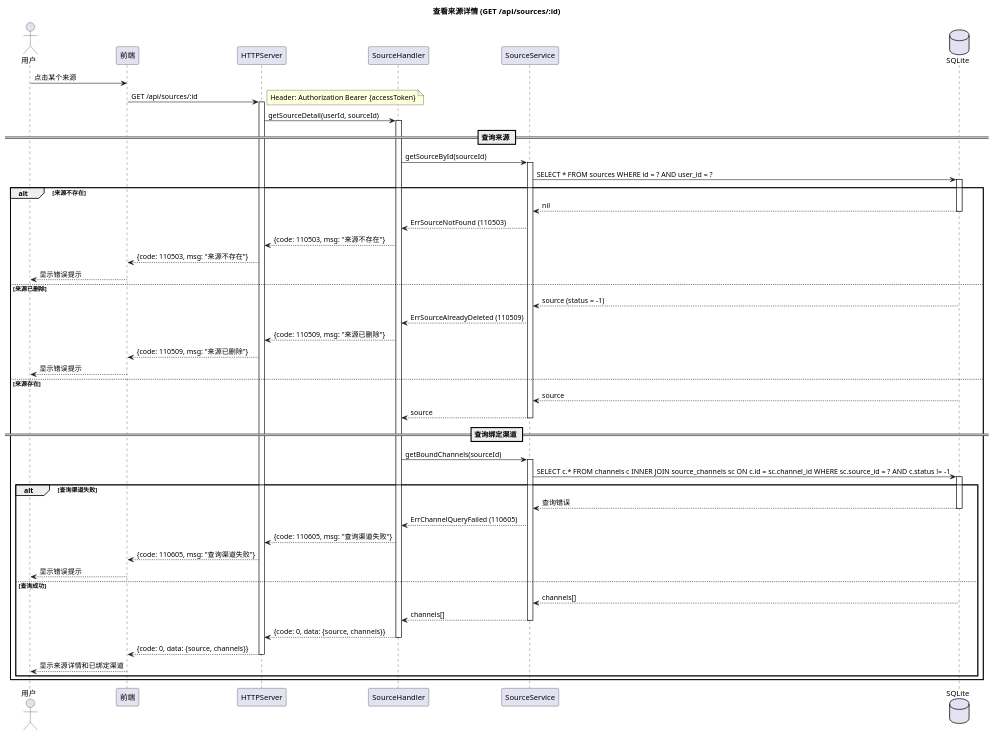
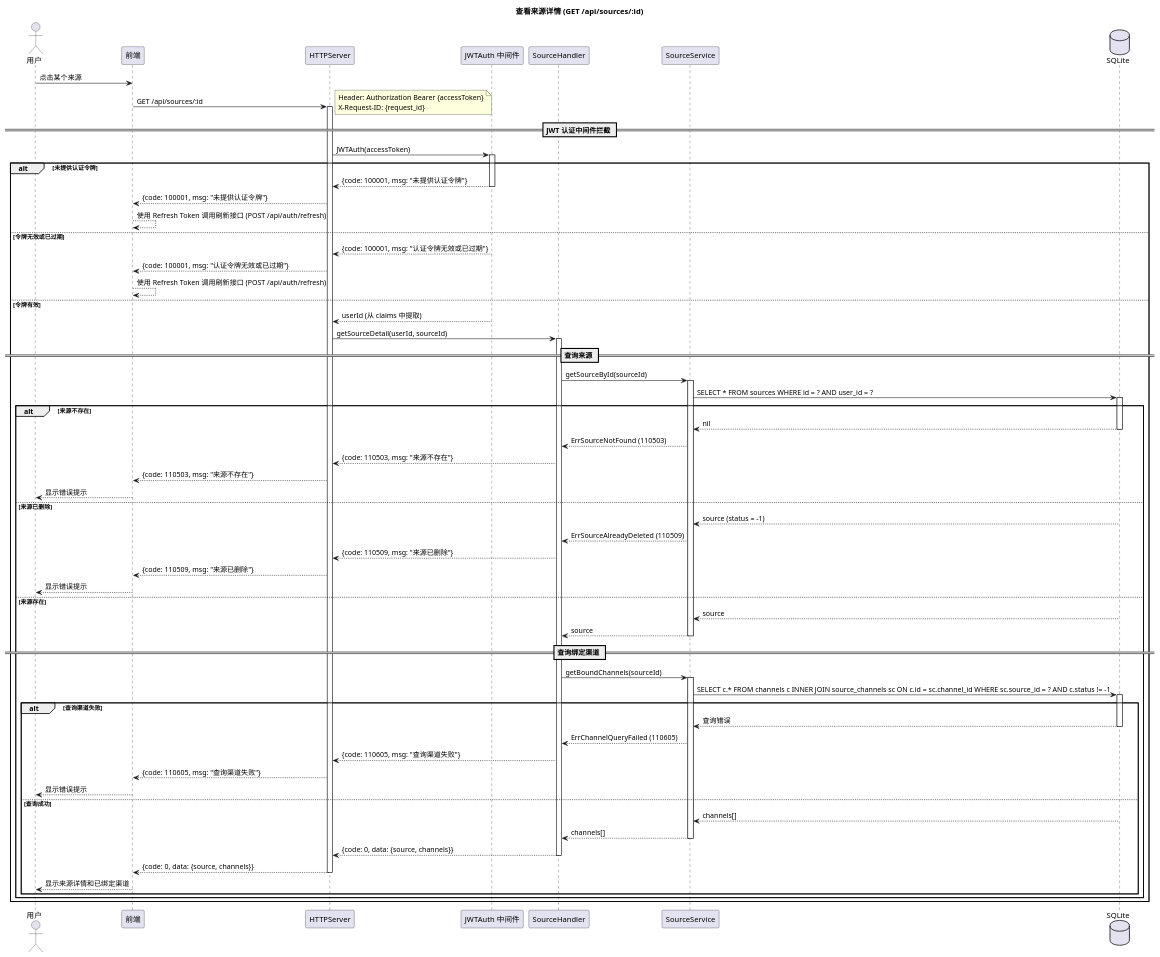
One commit to loommii/OctoTify changed the diagram in docs/uml/02-sequence/02-04-view-source-detail.puml. Above: the diagram before and after it, drawn with PlantUML. The commit also changed 20 other files, not shown here.

First line of the commit message:
📝 docs(uml): 为消息模块时序图添加 JWT 认证流程

```diff
--- a/docs/uml/02-sequence/02-04-view-source-detail.puml
+++ b/docs/uml/02-sequence/02-04-view-source-detail.puml
@@ -1,76 +1,97 @@
 @startuml OctoTify_Sequence_ViewSourceDetail
 
 skinparam sequenceStyle svg
 skinparam linetype ortho
 
 title 查看来源详情 (GET /api/sources/:id)
 
 actor "用户" as User
 participant "前端" as Frontend
 participant "HTTPServer" as Server
+participant "JWTAuth 中间件" as JWT
 participant "SourceHandler" as Handler
 participant "SourceService" as Service
 database "SQLite" as DB
 
 User -> Frontend: 点击某个来源
 Frontend -> Server: GET /api/sources/:id
-note right: Header: Authorization Bearer {accessToken}
+note right: Header: Authorization Bearer {accessToken}\nX-Request-ID: {request_id}
 activate Server
-Server -> Handler: getSourceDetail(userId, sourceId)
-activate Handler
 
-== 查询来源 ==
+== JWT 认证中间件拦截 ==
 
-Handler -> Service: getSourceById(sourceId)
-activate Service
-Service -> DB: SELECT * FROM sources WHERE id = ? AND user_id = ?
-activate DB
+Server -> JWT: JWTAuth(accessToken)
+activate JWT
 
-alt 来源不存在
-    DB --> Service: nil
-    deactivate DB
-    Service --> Handler: ErrSourceNotFound (110503)
-    Handler --> Server: {code: 110503, msg: "来源不存在"}
-    Server --> Frontend: {code: 110503, msg: "来源不存在"}
-    Frontend --> User: 显示错误提示
-else 来源已删除
-    DB --> Service: source (status = -1)
-    deactivate DB
-    Service --> Handler: ErrSourceAlreadyDeleted (110509)
-    Handler --> Server: {code: 110509, msg: "来源已删除"}
-    Server --> Frontend: {code: 110509, msg: "来源已删除"}
-    Frontend --> User: 显示错误提示
-else 来源存在
-    DB --> Service: source
-    deactivate DB
-    Service --> Handler: source
-    deactivate Service
+alt 未提供认证令牌
+    JWT --> Server: {code: 100001, msg: "未提供认证令牌"}
+    deactivate JWT
+    Server --> Frontend: {code: 100001, msg: "未提供认证令牌"}
+    Frontend --> Frontend: 使用 Refresh Token 调用刷新接口 (POST /api/auth/refresh)
+else 令牌无效或已过期
+    JWT --> Server: {code: 100001, msg: "认证令牌无效或已过期"}
+    deactivate JWT
+    Server --> Frontend: {code: 100001, msg: "认证令牌无效或已过期"}
+    Frontend --> Frontend: 使用 Refresh Token 调用刷新接口 (POST /api/auth/refresh)
+else 令牌有效
+    JWT --> Server: userId (从 claims 中提取)
+    deactivate JWT
+    Server -> Handler: getSourceDetail(userId, sourceId)
+    activate Handler
 
-    == 查询绑定渠道 ==
+    == 查询来源 ==
 
-    Handler -> Service: getBoundChannels(sourceId)
+    Handler -> Service: getSourceById(sourceId)
     activate Service
-    Service -> DB: SELECT c.* FROM channels c INNER JOIN source_channels sc ON c.id = sc.channel_id WHERE sc.source_id = ? AND c.status != -1
+    Service -> DB: SELECT * FROM sources WHERE id = ? AND user_id = ?
     activate DB
 
-    alt 查询渠道失败
-        DB --> Service: 查询错误
+    alt 来源不存在
+        DB --> Service: nil
         deactivate DB
-        Service --> Handler: ErrChannelQueryFailed (110605)
-        Handler --> Server: {code: 110605, msg: "查询渠道失败"}
-        Server --> Frontend: {code: 110605, msg: "查询渠道失败"}
+        Service --> Handler: ErrSourceNotFound (110503)
+        Handler --> Server: {code: 110503, msg: "来源不存在"}
+        Server --> Frontend: {code: 110503, msg: "来源不存在"}
         Frontend --> User: 显示错误提示
-    else 查询成功
-        DB --> Service: channels[]
+    else 来源已删除
+        DB --> Service: source (status = -1)
         deactivate DB
-        Service --> Handler: channels[]
+        Service --> Handler: ErrSourceAlreadyDeleted (110509)
+        Handler --> Server: {code: 110509, msg: "来源已删除"}
+        Server --> Frontend: {code: 110509, msg: "来源已删除"}
+        Frontend --> User: 显示错误提示
+    else 来源存在
+        DB --> Service: source
+        deactivate DB
+        Service --> Handler: source
         deactivate Service
-        Handler --> Server: {code: 0, data: {source, channels}}
-        deactivate Handler
-        Server --> Frontend: {code: 0, data: {source, channels}}
-        deactivate Server
-        Frontend --> User: 显示来源详情和已绑定渠道
+
+        == 查询绑定渠道 ==
+
+        Handler -> Service: getBoundChannels(sourceId)
+        activate Service
+        Service -> DB: SELECT c.* FROM channels c INNER JOIN source_channels sc ON c.id = sc.channel_id WHERE sc.source_id = ? AND c.status != -1
+        activate DB
+
+        alt 查询渠道失败
+            DB --> Service: 查询错误
+            deactivate DB
+            Service --> Handler: ErrChannelQueryFailed (110605)
+            Handler --> Server: {code: 110605, msg: "查询渠道失败"}
+            Server --> Frontend: {code: 110605, msg: "查询渠道失败"}
+            Frontend --> User: 显示错误提示
+        else 查询成功
+            DB --> Service: channels[]
+            deactivate DB
+            Service --> Handler: channels[]
+            deactivate Service
+            Handler --> Server: {code: 0, data: {source, channels}}
+            deactivate Handler
+            Server --> Frontend: {code: 0, data: {source, channels}}
+            deactivate Server
+            Frontend --> User: 显示来源详情和已绑定渠道
+        end
     end
 end
 
 @enduml
```
